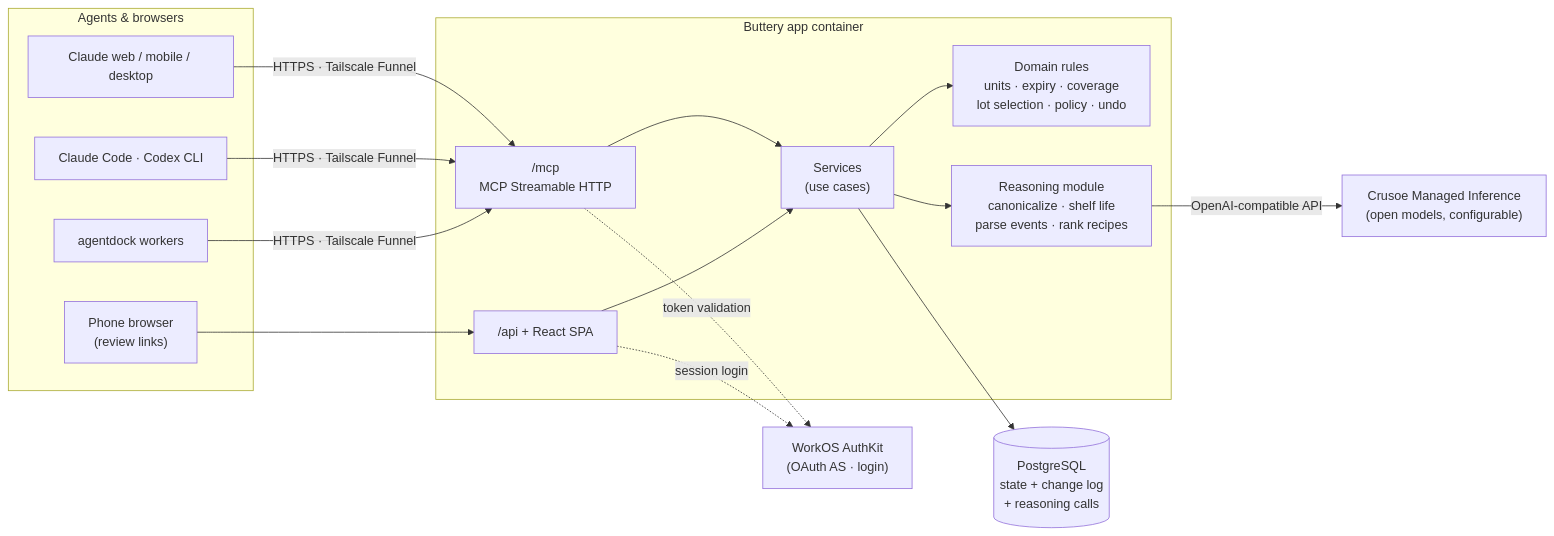
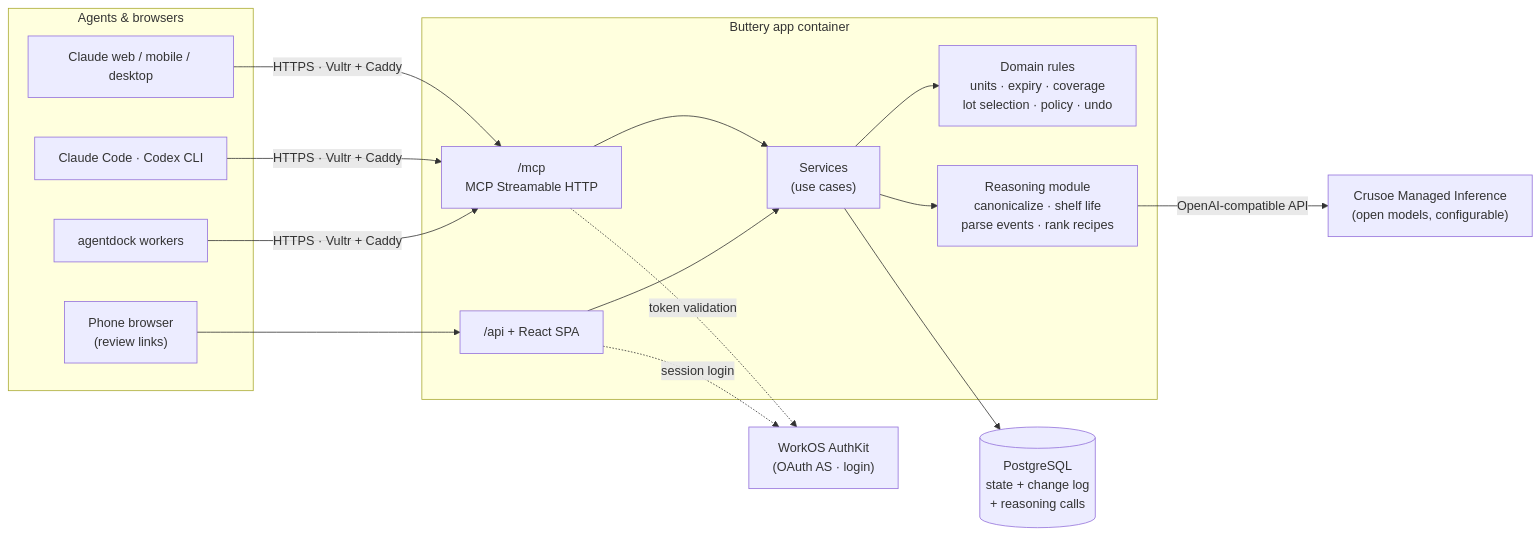
Before and after one commit to alext-avi/buttery: the diagram in docs/superpowers/specs/2026-09-29-buttery-design.md, drawn with Mermaid. The commit also changed other lines of this file and 4 other files, not shown here.

First line of the commit message:
Docs for the panel: sponsor story with evidence; Vultr replaces Tailscale

````diff
--- a/docs/superpowers/specs/2026-09-29-buttery-design.md
+++ b/docs/superpowers/specs/2026-09-29-buttery-design.md
@@ -71,32 +71,32 @@
 ```mermaid
 flowchart LR
   subgraph Clients["Agents & browsers"]
     C1["Claude web / mobile / desktop"]
     C2["Claude Code · Codex CLI"]
     C3["agentdock workers"]
     B["Phone browser<br/>(review links)"]
   end
 
   subgraph App["Buttery app container"]
     MCP["/mcp<br/>MCP Streamable HTTP"]
     API["/api + React SPA"]
     SVC["Services<br/>(use cases)"]
     DOM["Domain rules<br/>units · expiry · coverage<br/>lot selection · policy · undo"]
     RSN["Reasoning module<br/>canonicalize · shelf life<br/>parse events · rank recipes"]
   end
 
   PG[("PostgreSQL<br/>state + change log<br/>+ reasoning calls")]
   CRU["Crusoe Managed Inference<br/>(open models, configurable)"]
   AUTH["WorkOS AuthKit<br/>(OAuth AS · login)"]
 
-  C1 & C2 & C3 -- "HTTPS · Tailscale Funnel" --> MCP
+  C1 & C2 & C3 -- "HTTPS · Vultr + Caddy" --> MCP
   B --> API
   MCP --> SVC
   API --> SVC
   SVC --> DOM
   SVC --> RSN
   RSN -- "OpenAI-compatible API" --> CRU
   SVC --> PG
   MCP -. "token validation" .-> AUTH
   API -. "session login" .-> AUTH
 ```
````
